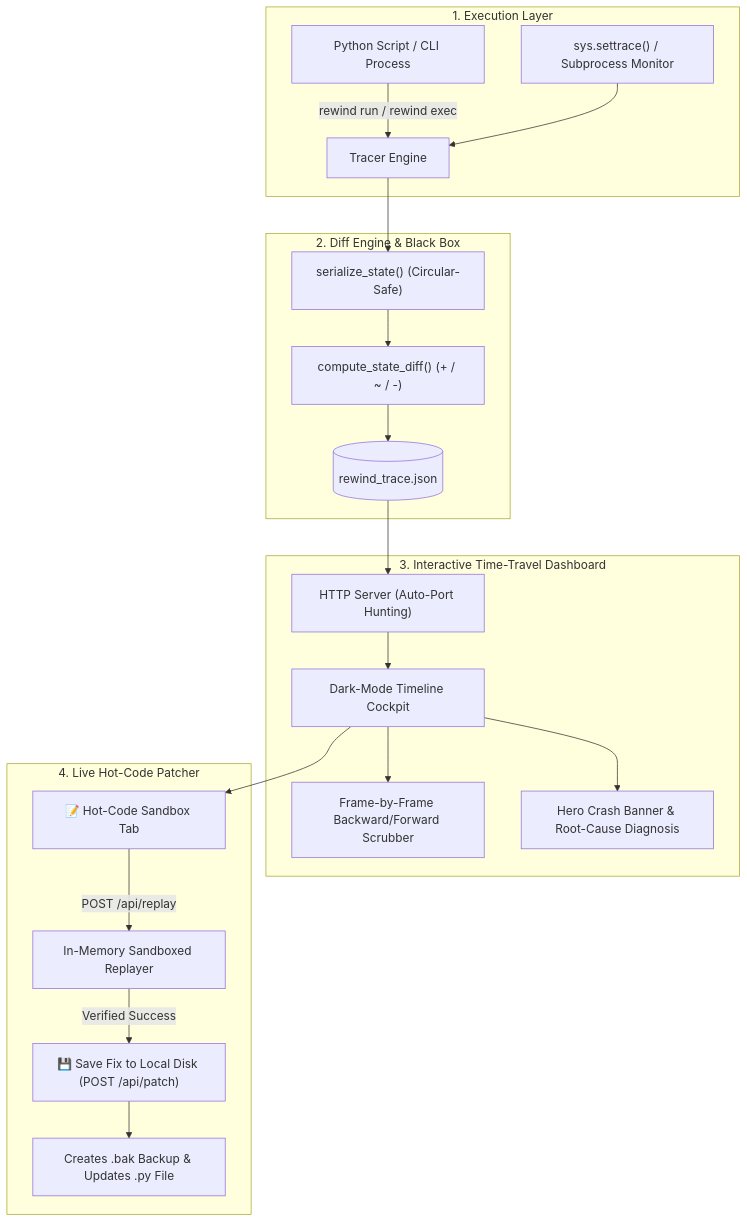
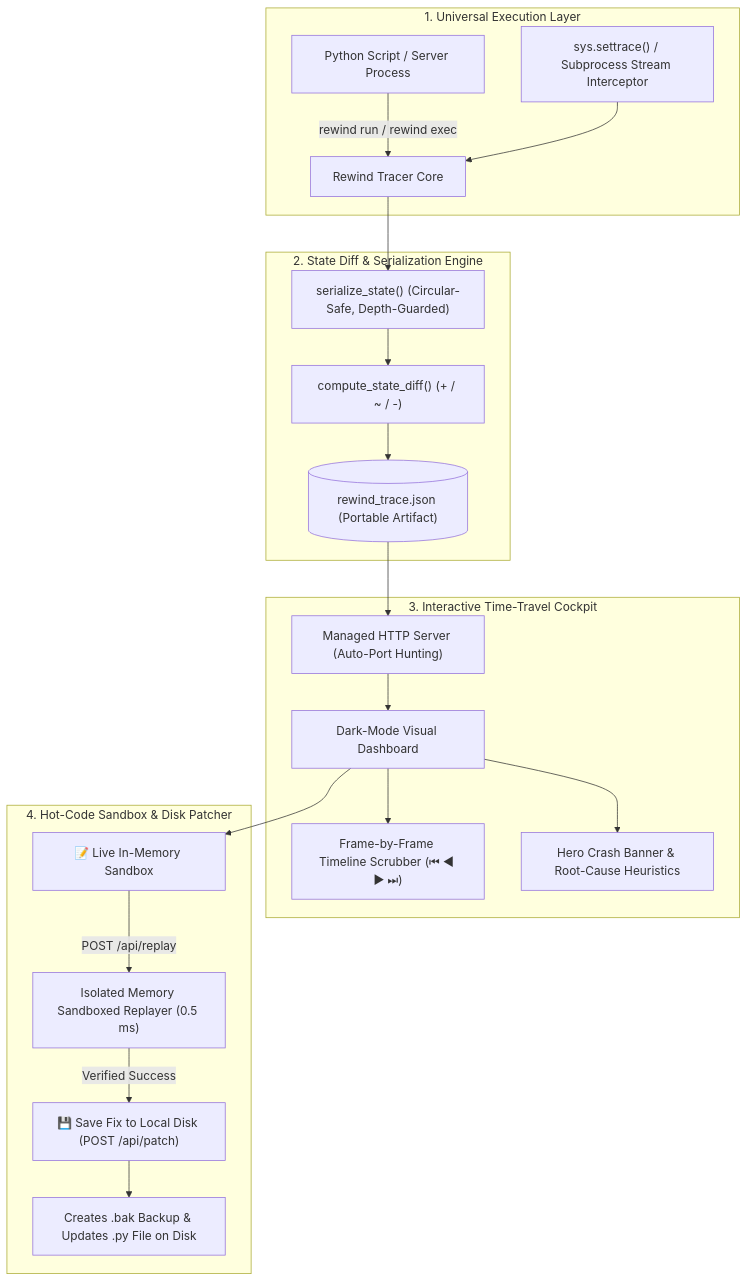
The diagram in README.md (hrinkar01/rewind), drawn with Mermaid before and after one commit. The commit also changed other lines of this file and 1 other file, not shown here.

````diff
--- a/README.md
+++ b/README.md
@@ -51,27 +76,27 @@
 ```mermaid
 flowchart TD
-    subgraph Execution ["1. Execution Layer"]
-        A["Python Script / CLI Process"] -->|"rewind run / rewind exec"| B["Tracer Engine"]
-        C["sys.settrace() / Subprocess Monitor"] --> B
+    subgraph ExecutionLayer ["1. Universal Execution Layer"]
+        A["Python Script / Server Process"] -->|"rewind run / rewind exec"| B["Rewind Tracer Core"]
+        C["sys.settrace() / Subprocess Stream Interceptor"] --> B
     end
 
-    subgraph DiffEngine ["2. Diff Engine & Black Box"]
-        B --> D["serialize_state() (Circular-Safe)"]
+    subgraph DiffEngine ["2. State Diff & Serialization Engine"]
+        B --> D["serialize_state() (Circular-Safe, Depth-Guarded)"]
         D --> E["compute_state_diff() (+ / ~ / -)"]
-        E --> F[("rewind_trace.json")]
+        E --> F[("rewind_trace.json (Portable Artifact)")]
     end
 
-    subgraph WebScrubber ["3. Interactive Time-Travel Dashboard"]
-        F --> G["HTTP Server (Auto-Port Hunting)"]
-        G --> H["Dark-Mode Timeline Cockpit"]
-        H --> I["Frame-by-Frame Backward/Forward Scrubber"]
-        H --> J["Hero Crash Banner & Root-Cause Diagnosis"]
+    subgraph WebScrubber ["3. Interactive Time-Travel Cockpit"]
+        F --> G["Managed HTTP Server (Auto-Port Hunting)"]
+        G --> H["Dark-Mode Visual Dashboard"]
+        H --> I["Frame-by-Frame Timeline Scrubber (⏮ ◀ ▶ ⏭)"]
+        H --> J["Hero Crash Banner & Root-Cause Heuristics"]
     end
 
-    subgraph SandboxPatcher ["4. Live Hot-Code Patcher"]
-        H --> K["📝 Hot-Code Sandbox Tab"]
-        K -->|"POST /api/replay"| L["In-Memory Sandboxed Replayer"]
+    subgraph SandboxEngine ["4. Hot-Code Sandbox & Disk Patcher"]
+        H --> K["📝 Live In-Memory Sandbox"]
+        K -->|"POST /api/replay"| L["Isolated Memory Sandboxed Replayer (0.5 ms)"]
         L -->|"Verified Success"| M["💾 Save Fix to Local Disk (POST /api/patch)"]
-        M --> N["Creates .bak Backup & Updates .py File"]
+        M --> N["Creates .bak Backup & Updates .py File on Disk"]
     end
 ```
````
